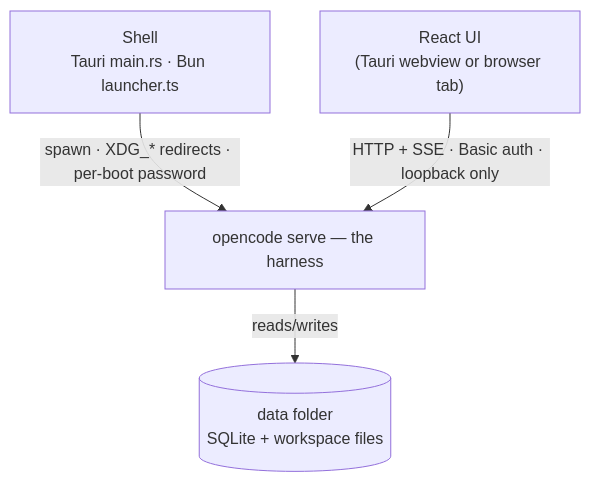
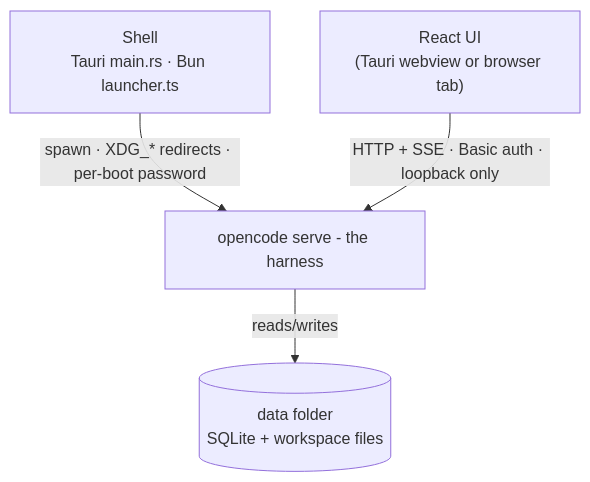
One commit to saiphanindra1010/muster changed the diagram in docs/architecture.md. Above: the diagram before and after it, drawn with Mermaid. The commit also changed other lines of this file and 33 other files, not shown here.

````diff
--- a/docs/architecture.md
+++ b/docs/architecture.md
@@ -6,11 +6,11 @@
 ```mermaid
 flowchart TB
   UI["React UI<br/>(Tauri webview or browser tab)"]
   SH["Shell<br/>Tauri main.rs · Bun launcher.ts"]
-  H["opencode serve — the harness"]
+  H["opencode serve - the harness"]
   D[("data folder<br/>SQLite + workspace files")]
 
   SH -- "spawn · XDG_* redirects · per-boot password" --> H
   UI -- "HTTP + SSE · Basic auth · loopback only" --> H
   H -- "reads/writes" --> D
 ```
````
